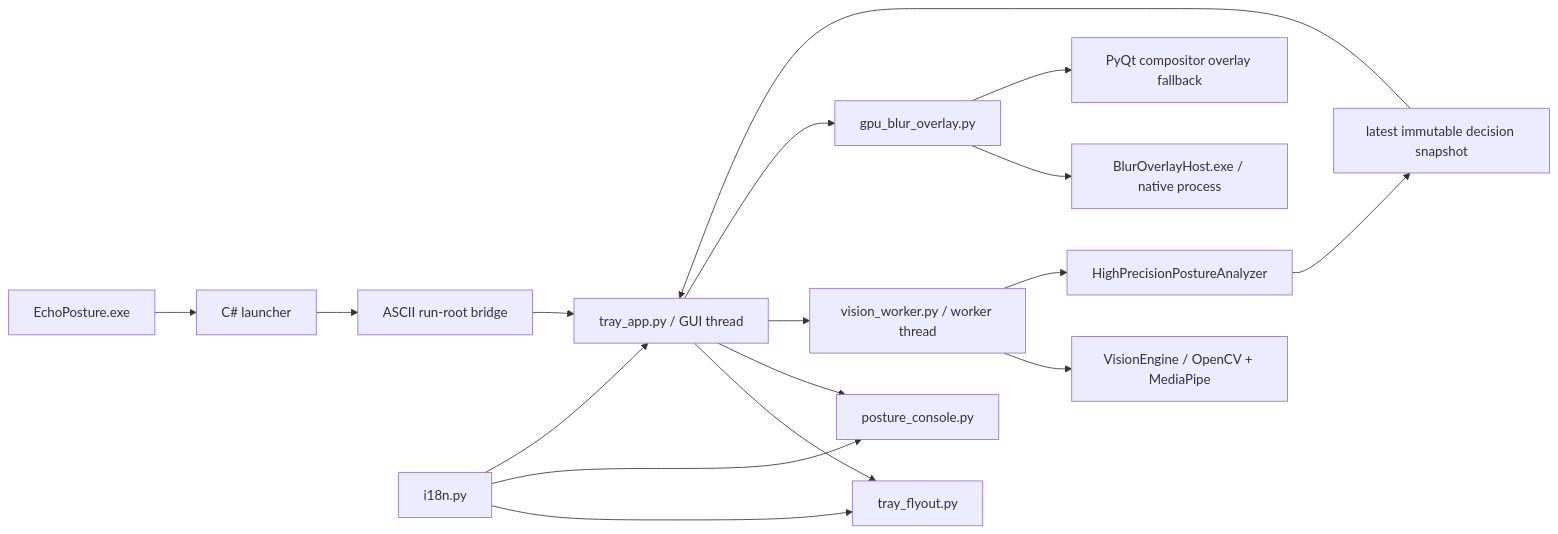
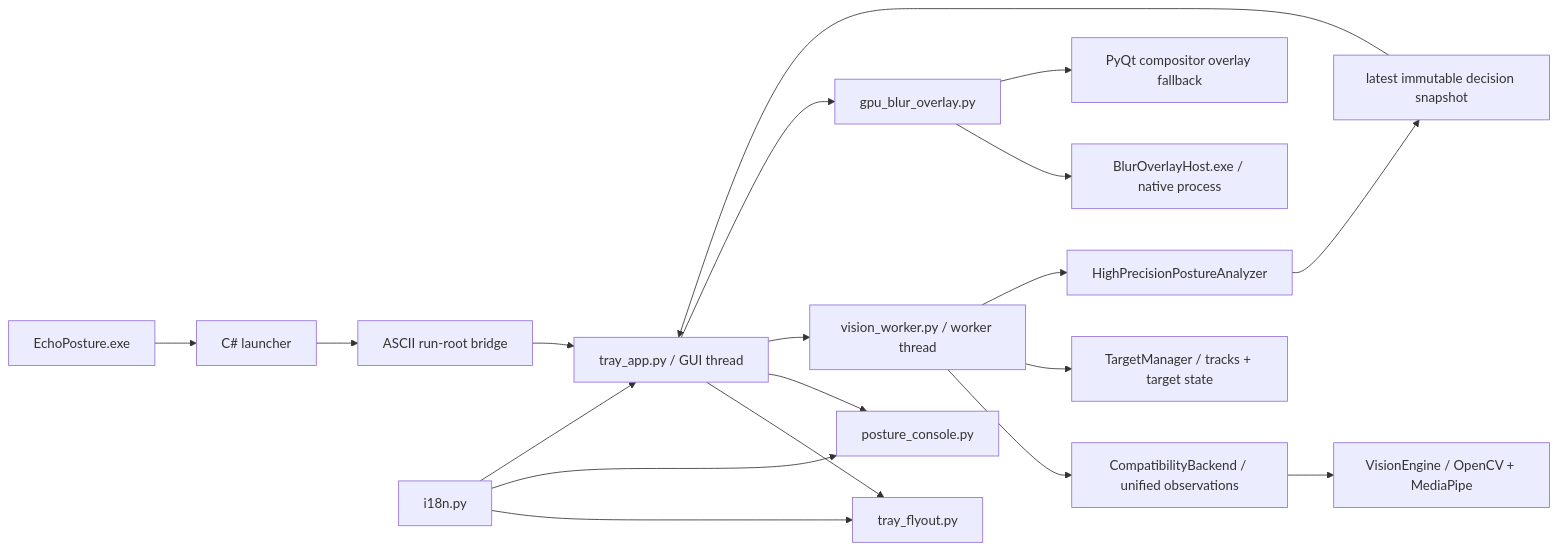
One commit to NOVVLA/EchoPosture changed the diagram in docs/ARCHITECTURE.md. Above: the diagram before and after it, drawn with Mermaid. The commit also changed other lines of this file and 33 other files, not shown here.

Commit message:
feat(vision): add backend tracking and identity foundations

````diff
--- a/docs/ARCHITECTURE.md
+++ b/docs/ARCHITECTURE.md
@@ -9,22 +9,24 @@
 ```mermaid
 flowchart LR
     EXE[EchoPosture.exe] --> Launcher[C# launcher]
     Launcher --> Bridge[ASCII run-root bridge]
     Bridge --> Tray[tray_app.py / GUI thread]
 
     Tray --> Flyout[tray_flyout.py]
     Tray --> Console[posture_console.py]
     Tray --> Worker[vision_worker.py / worker thread]
-    Worker --> Engine[VisionEngine / OpenCV + MediaPipe]
+    Worker --> Backend[CompatibilityBackend / unified observations]
+    Backend --> Engine[VisionEngine / OpenCV + MediaPipe]
+    Worker --> Target[TargetManager / tracks + target state]
     Worker --> Analyzer[HighPrecisionPostureAnalyzer]
     Analyzer --> Snapshot[latest immutable decision snapshot]
     Snapshot --> Tray
 
     Tray --> OverlayCtl[gpu_blur_overlay.py]
     OverlayCtl --> Host[BlurOverlayHost.exe / native process]
     OverlayCtl --> Fallback[PyQt compositor overlay fallback]
 
     I18N[i18n.py] --> Flyout
     I18N --> Console
     I18N --> Tray
 ```
````
